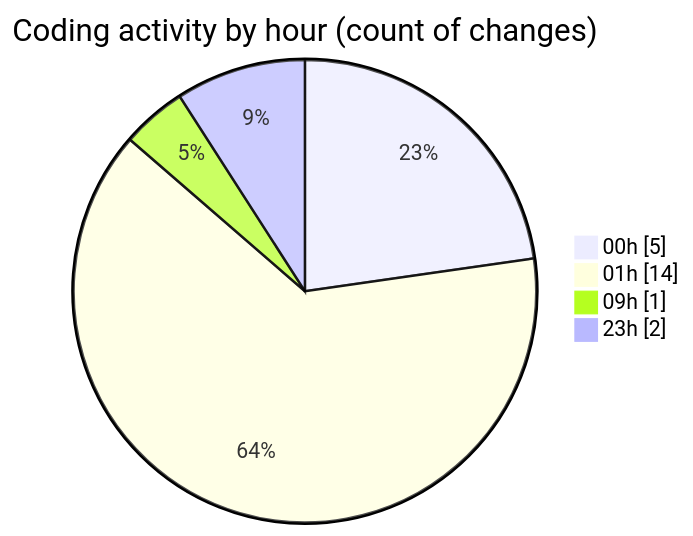
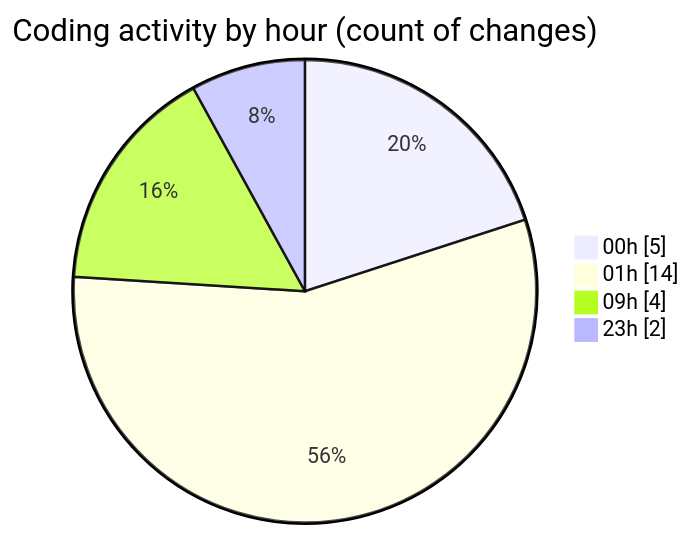
One commit to julien-gomy/code-tracking changed the second of 2 diagrams in 2025-11-26/eventscop-frontend-guide__workspace_/README.md. Above: the diagram before and after it, drawn with Mermaid. The commit also changed other lines of this file and 1 other file, not shown here.

````diff
--- a/2025-11-26/eventscop-frontend-guide__workspace_/README.md
+++ b/2025-11-26/eventscop-frontend-guide__workspace_/README.md
@@ -37,8 +37,8 @@
 ```mermaid
 pie showData
 title Coding activity by hour (count of changes)
 "00h" : 5
 "01h" : 14
-"09h" : 1
+"09h" : 4
 "23h" : 2
 ```
````
